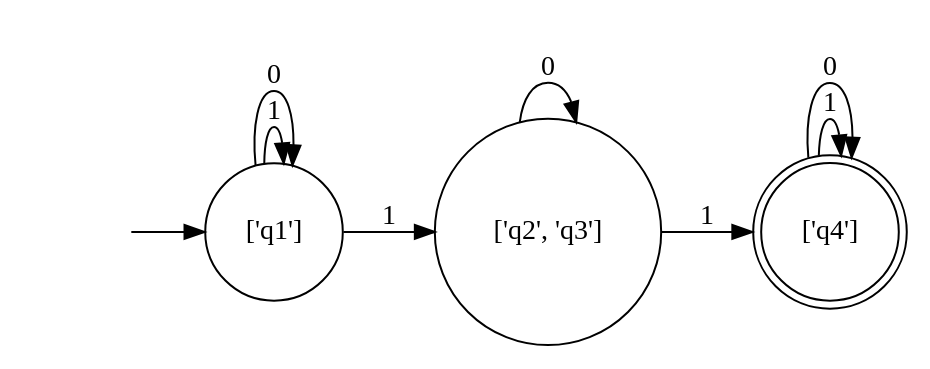
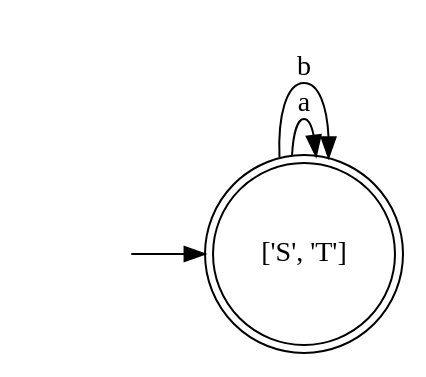
One commit to haziqfaiz-mmu/reg-grammar-to-nfa changed the diagram in No Epsilon NFA.gv. Above: the diagram before and after it, drawn with Graphviz. The commit also changed 8 other files, not shown here.

```diff
--- a/No Epsilon NFA.gv
+++ b/No Epsilon NFA.gv
@@ -1,15 +1,8 @@
 digraph "No Epsilon NFA" {
 	graph [rankdir=LR]
 	"" [label="" shape=plaintext]
-	"['q4']" [label="['q4']" shape=doublecircle]
-	"['q2', 'q3']" [label="['q2', 'q3']" shape=circle]
-	"['q1']" [label="['q1']" shape=circle]
-	"" -> "['q1']" [label=""]
-	"['q1']" -> "['q1']" [label=1]
-	"['q1']" -> "['q2', 'q3']" [label=1]
-	"['q1']" -> "['q1']" [label=0]
-	"['q4']" -> "['q4']" [label=1]
-	"['q4']" -> "['q4']" [label=0]
-	"['q2', 'q3']" -> "['q4']" [label=1]
-	"['q2', 'q3']" -> "['q2', 'q3']" [label=0]
+	"['S', 'T']" [label="['S', 'T']" shape=doublecircle]
+	"" -> "['S', 'T']" [label=""]
+	"['S', 'T']" -> "['S', 'T']" [label=a]
+	"['S', 'T']" -> "['S', 'T']" [label=b]
 }
```
